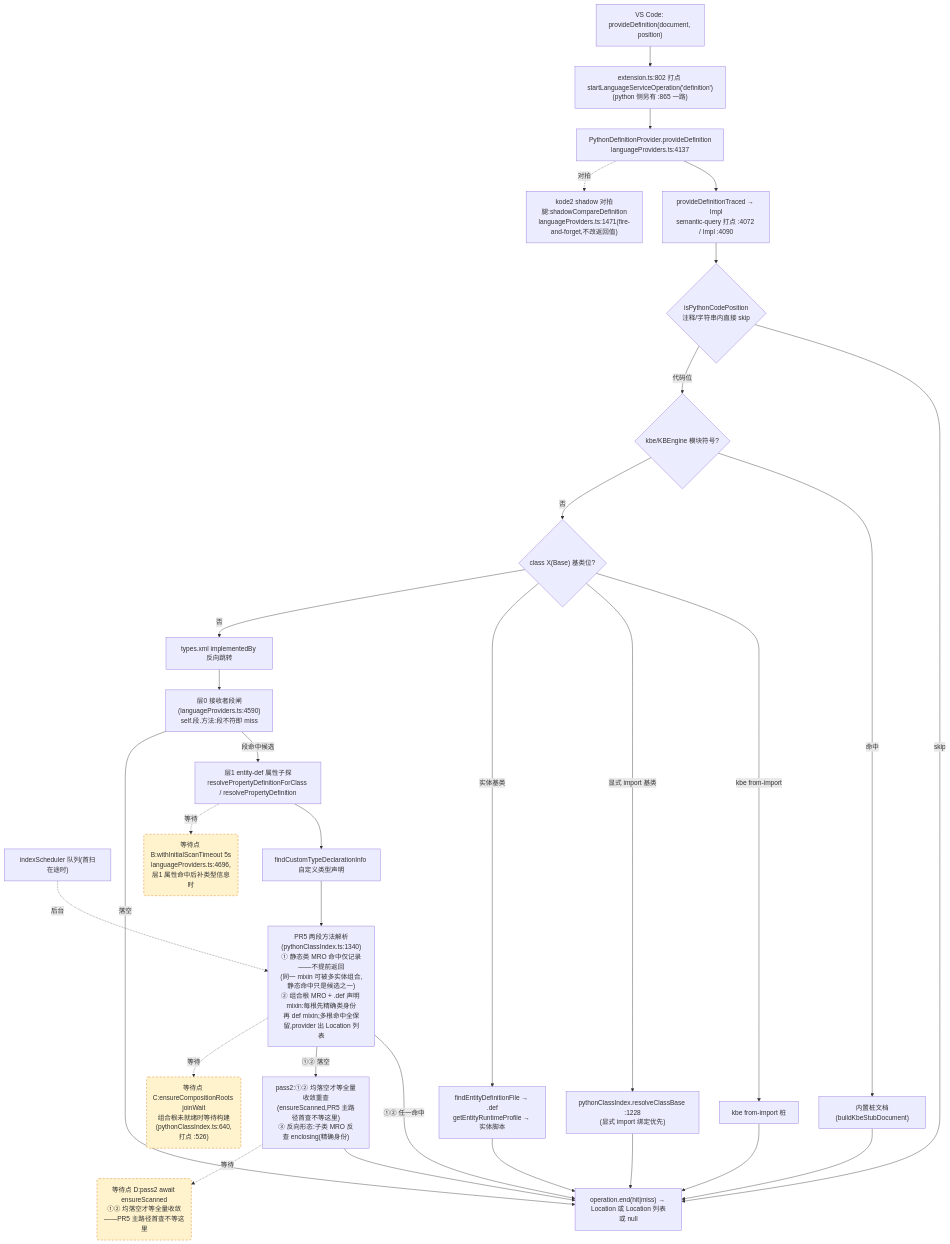
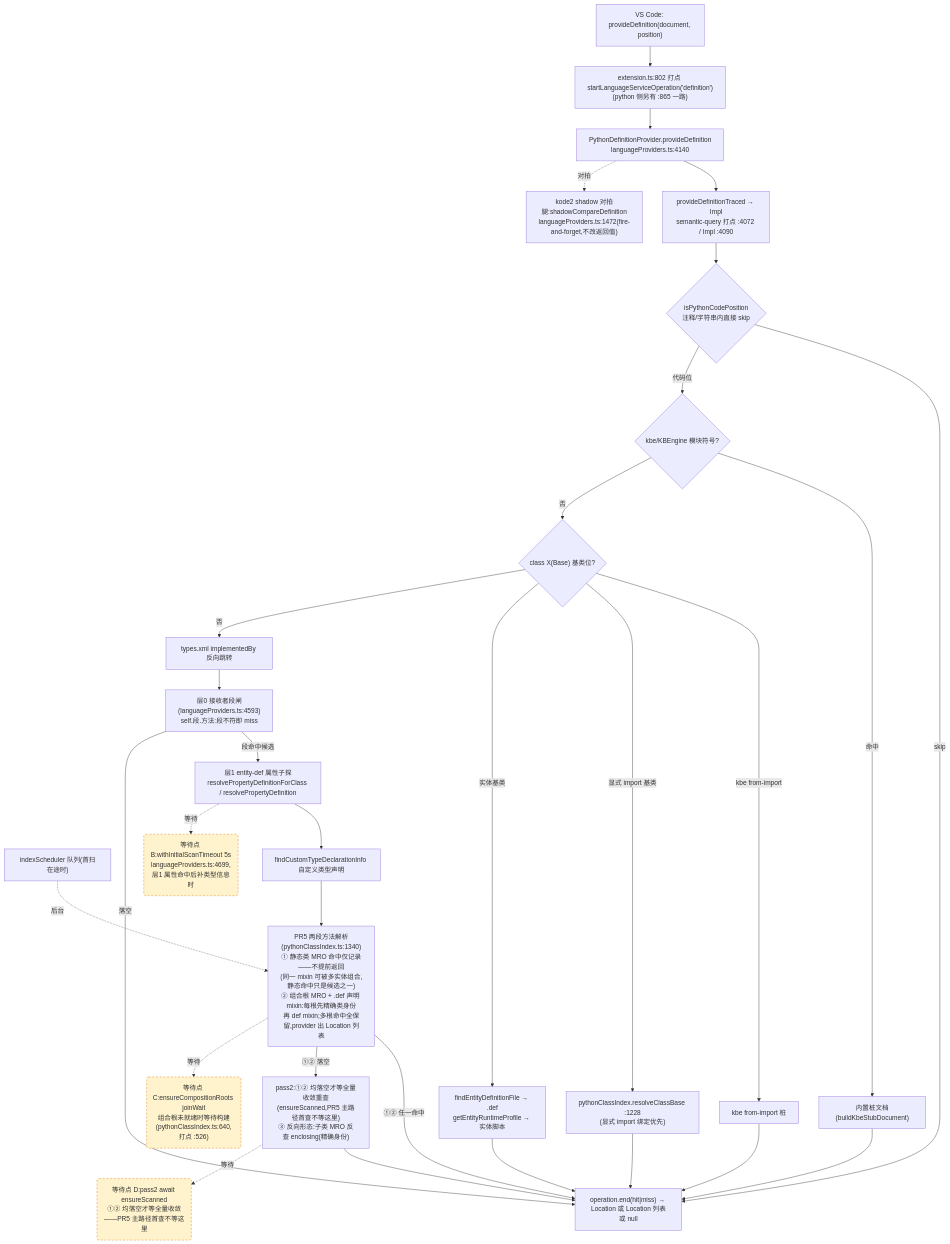
One commit to cuihairu/kode changed the second of 4 diagrams in docs/perf/2026-baseline.md. Above: the diagram before and after it, drawn with Mermaid. The commit also changed other lines of this file and 4 other files, not shown here.

````diff
--- a/docs/perf/2026-baseline.md
+++ b/docs/perf/2026-baseline.md
@@ -130,51 +130,51 @@
 ```mermaid
 flowchart TD
   VC2["VS Code: provideDefinition(document, position)"]
   M2["extension.ts:802 打点 startLanguageServiceOperation('definition')<br/>(python 侧另有 :865 一路)"]
-  AD2["PythonDefinitionProvider.provideDefinition<br/>languageProviders.ts:4137"]
+  AD2["PythonDefinitionProvider.provideDefinition<br/>languageProviders.ts:4140"]
   TR["provideDefinitionTraced → Impl<br/>semantic-query 打点 :4072 / Impl :4090"]
   CTX{"isPythonCodePosition<br/>注释/字符串内直接 skip"}
   KBE{"kbe/KBEngine 模块符号?"}
   STUB["内置桩文档(buildKbeStubDocument)"]
   CB{"class X(Base) 基类位?"}
   CB1["kbe from-import 桩"]
   CB2["pythonClassIndex.resolveClassBase :1228<br/>(显式 import 绑定优先)"]
   CB3["findEntityDefinitionFile → .def<br/>getEntityRuntimeProfile → 实体脚本"]
   REV["types.xml implementedBy 反向跳转"]
-  L0["层0 接收者段闸(languageProviders.ts:4590)<br/>self.段.方法:段不符即 miss"]
+  L0["层0 接收者段闸(languageProviders.ts:4593)<br/>self.段.方法:段不符即 miss"]
   L1["层1 entity-def 属性子探<br/>resolvePropertyDefinitionForClass / resolvePropertyDefinition"]
   SCAN["indexScheduler 队列(首扫在途时)"]
   TY["findCustomTypeDeclarationInfo 自定义类型声明"]
   MRO["PR5 两段方法解析(pythonClassIndex.ts:1340)<br/>① 静态类 MRO 命中仅记录——不提前返回<br/>(同一 mixin 可被多实体组合,静态命中只是候选之一)<br/>② 组合根 MRO + .def 声明 mixin:每根先精确类身份<br/>再 def mixin;多根命中全保留,provider 出 Location 列表"]
   PASS2["pass2:①② 均落空才等全量收敛重查<br/>(ensureScanned,PR5 主路径首查不等这里)<br/>③ 反向形态:子类 MRO 反查 enclosing(精确身份)"]
-  SHD["kode2 shadow 对拍腿:shadowCompareDefinition<br/>languageProviders.ts:1471(fire-and-forget,不改返回值)"]
+  SHD["kode2 shadow 对拍腿:shadowCompareDefinition<br/>languageProviders.ts:1472(fire-and-forget,不改返回值)"]
   END2["operation.end(hit|miss) → Location 或 Location 列表或 null"]
 
   VC2 --> M2 --> AD2 --> TR --> CTX
   CTX -- "skip" --> END2
   CTX -- "代码位" --> KBE
   KBE -- "命中" --> STUB --> END2
   KBE -- "否" --> CB
   CB -- "kbe from-import" --> CB1 --> END2
   CB -- "显式 import 基类" --> CB2 --> END2
   CB -- "实体基类" --> CB3 --> END2
   CB -- "否" --> REV --> L0
   L0 -- "段命中候选" --> L1
   L0 -- "落空" --> END2
   L1 --> TY
   TY --> MRO
   MRO -- "①② 任一命中" --> END2
   MRO -- "①② 落空" --> PASS2 --> END2
   AD2 -.->|对拍| SHD
 
-  WAITB("等待点 B:withInitialScanTimeout 5s<br/>languageProviders.ts:4696,层1 属性命中后补类型信息时")
+  WAITB("等待点 B:withInitialScanTimeout 5s<br/>languageProviders.ts:4699,层1 属性命中后补类型信息时")
   WAITC("等待点 C:ensureCompositionRoots joinWait<br/>组合根未就绪时等待构建(pythonClassIndex.ts:640,打点 :526)")
   WAITD("等待点 D:pass2 await ensureScanned<br/>①② 均落空才等全量收敛——PR5 主路径首查不等这里")
   L1 -.->|等待| WAITB
   MRO -.->|等待| WAITC
   PASS2 -.->|等待| WAITD
   SCAN -.->|后台| MRO
 
   classDef waitPoint fill:#fff3cd,stroke:#d97706,stroke-dasharray:5 4;
   class WAITB,WAITC,WAITD waitPoint;
 ```
````
